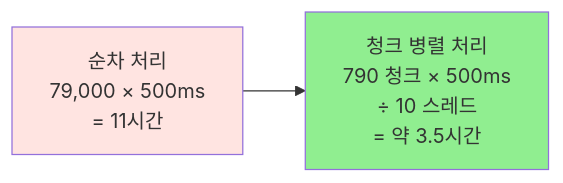
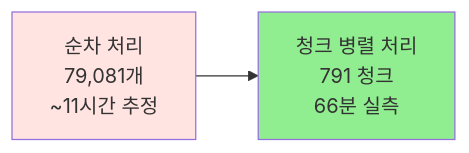
The fourth of 11 diagrams in docs/LARGE_SCALE_API_CALL_INFRASTRUCTURE.md (medical-info-hub/hospitalInfoProject-backend), drawn with Mermaid before and after one commit. The commit also changed other lines of this file, not shown here.

````diff
--- a/docs/LARGE_SCALE_API_CALL_INFRASTRUCTURE.md
+++ b/docs/LARGE_SCALE_API_CALL_INFRASTRUCTURE.md
@@ -387,7 +387,7 @@
 ```mermaid
 graph LR
-    A[순차 처리<br/>79,000 × 500ms<br/>= 11시간] --> B[청크 병렬 처리<br/>790 청크 × 500ms<br/>÷ 10 스레드<br/>= 약 3.5시간]
+    A[순차 처리<br/>79,081개<br/>~11시간 추정] --> B[청크 병렬 처리<br/>791 청크<br/>66분 실측]
 
     style A fill:#FFE4E1
     style B fill:#90EE90
 ```
````
